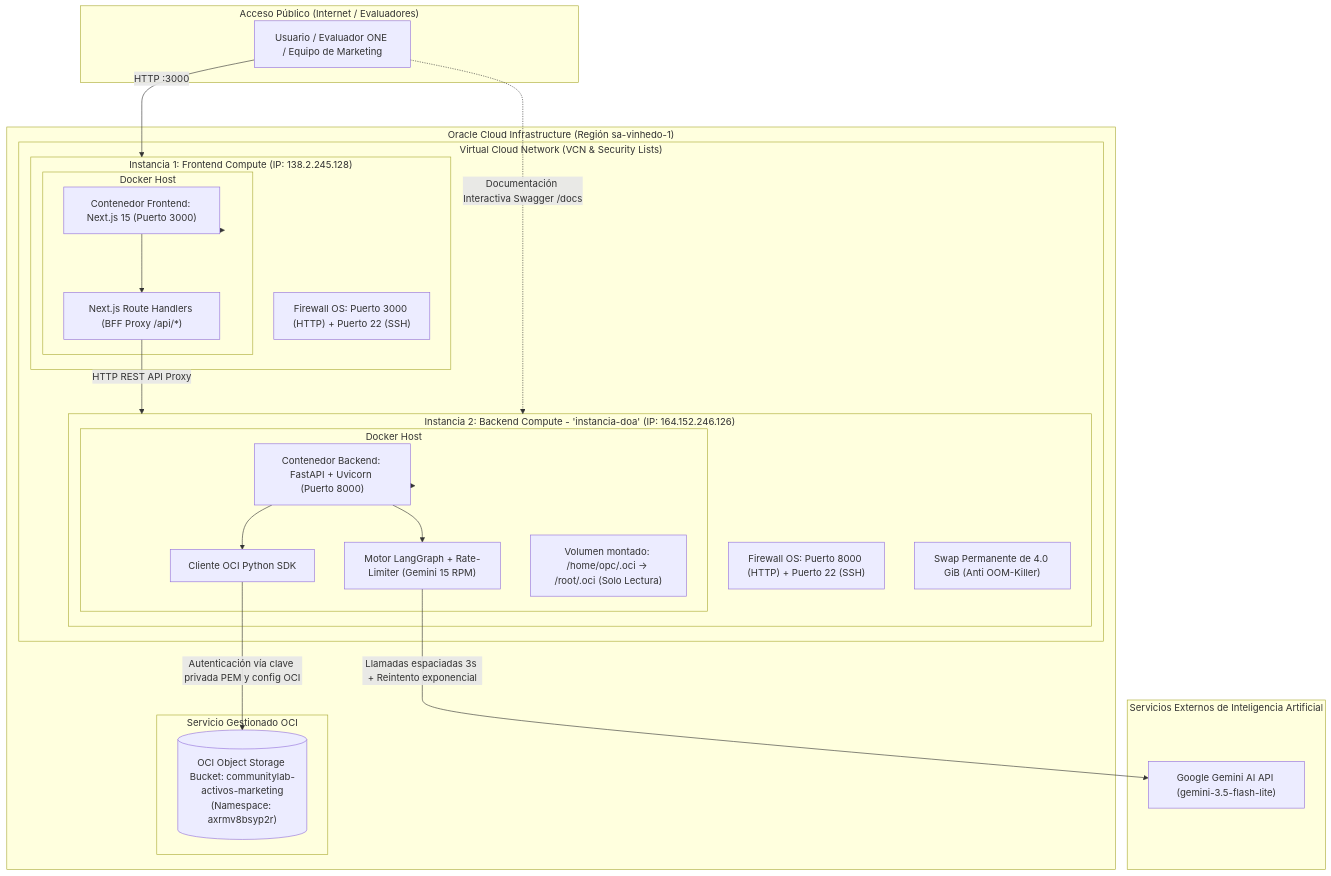
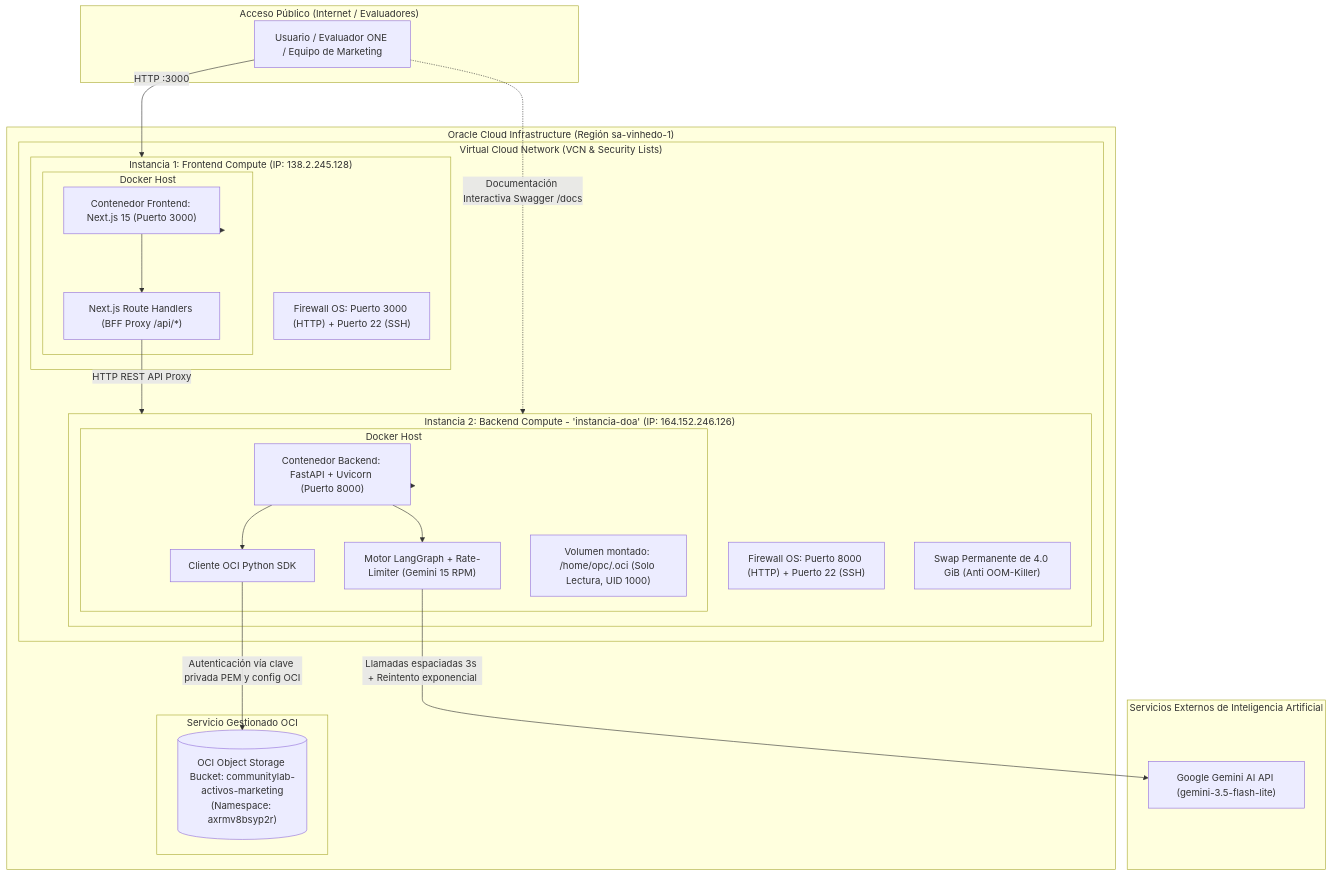
One commit to No-Country-simulation/CommunityLab-G10-team23 changed the second of 3 diagrams in docs/Documentacion_Equipo_D_y_Despliegue_OCI.md. Above: the diagram before and after it, drawn with Mermaid. The commit also changed other lines of this file and 93 other files, not shown here.

````diff
--- a/docs/Documentacion_Equipo_D_y_Despliegue_OCI.md
+++ b/docs/Documentacion_Equipo_D_y_Despliegue_OCI.md
@@ -65,52 +65,52 @@
 ```mermaid
 flowchart TB
     subgraph Internet["Acceso Público (Internet / Evaluadores)"]
         User["Usuario / Evaluador ONE / Equipo de Marketing"]
     end
 
     subgraph OCI_Tenancy["Oracle Cloud Infrastructure (Región sa-vinhedo-1)"]
         subgraph VCN["Virtual Cloud Network (VCN & Security Lists)"]
             
             subgraph VM_Frontend["Instancia 1: Frontend Compute (IP: 138.2.245.128)"]
                 FW1["Firewall OS: Puerto 3000 (HTTP) + Puerto 22 (SSH)"]
                 subgraph Docker_FE["Docker Host"]
                     Frontend["Contenedor Frontend: Next.js 15 (Puerto 3000)"]
                     BFF["Next.js Route Handlers (BFF Proxy /api/*)"]
                 end
             end
 
             subgraph VM_Backend["Instancia 2: Backend Compute - 'instancia-doa' (IP: 164.152.246.126)"]
                 FW2["Firewall OS: Puerto 8000 (HTTP) + Puerto 22 (SSH)"]
                 Swap["Swap Permanente de 4.0 GiB (Anti OOM-Killer)"]
                 subgraph Docker_BE["Docker Host"]
                     Backend["Contenedor Backend: FastAPI + Uvicorn (Puerto 8000)"]
                     LangGraphEngine["Motor LangGraph + Rate-Limiter (Gemini 15 RPM)"]
                     OCISDK["Cliente OCI Python SDK"]
-                    AuthVol["Volumen montado: /home/opc/.oci -> /root/.oci (Solo Lectura)"]
+                    AuthVol["Volumen montado: /home/opc/.oci (Solo Lectura, UID 1000)"]
                 end
             end
 
         end
 
         subgraph OCI_Storage_Service["Servicio Gestionado OCI"]
             Bucket[("OCI Object Storage Bucket: communitylab-activos-marketing<br/>(Namespace: axrmv8bsyp2r)")]
         end
     end
 
     subgraph External_APIs["Servicios Externos de Inteligencia Artificial"]
         GeminiAPI["Google Gemini AI API (gemini-3.5-flash-lite)"]
     end
 
     User -->|HTTP :3000| VM_Frontend
     VM_Frontend --> Frontend
     Frontend --> BFF
     BFF -->|HTTP REST API Proxy| VM_Backend
     VM_Backend --> Backend
 
     User -.->|Documentación Interactiva Swagger /docs| VM_Backend
 
     Backend --> LangGraphEngine
     LangGraphEngine -->|Llamadas espaciadas 3s + Reintento exponencial| GeminiAPI
     Backend --> OCISDK
     OCISDK -->|Autenticación vía clave privada PEM y config OCI| Bucket
 ```
````
